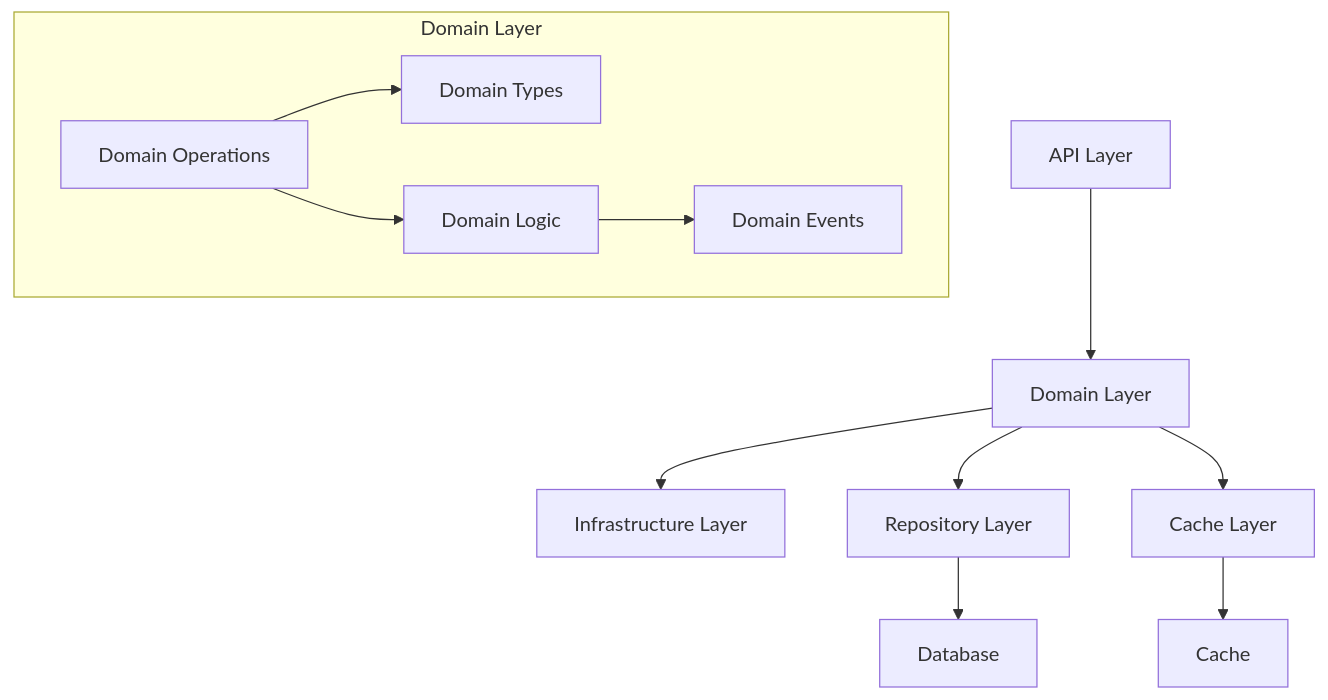
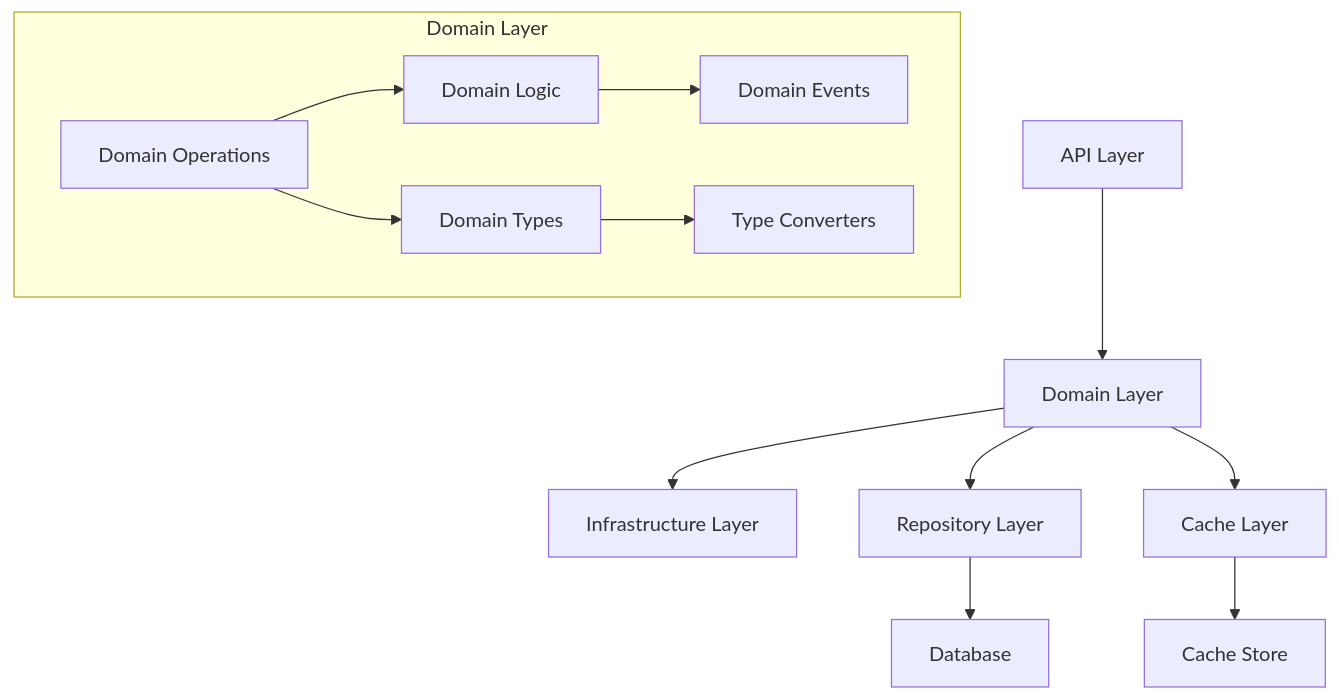
Before and after one commit to tonglam/letletme_data: the first of 11 diagrams in documentation/design/Domain_Layer_Design.md, drawn with Mermaid. The commit also changed other lines of this file and 15 other files, not shown here.

````diff
--- a/documentation/design/Domain_Layer_Design.md
+++ b/documentation/design/Domain_Layer_Design.md
@@ -9,20 +9,22 @@
 ```mermaid
 graph TD
     A[API Layer] --> B[Domain Layer]
     B --> C[Infrastructure Layer]
     B --> D[Repository Layer]
     B --> E[Cache Layer]
     D --> F[Database]
-    E --> G[Cache]
+    E --> G[Cache Store]
 
     subgraph Domain Layer
         H[Domain Operations]
         I[Domain Types]
         J[Domain Logic]
         K[Domain Events]
+        L[Type Converters]
 
         H --> I
         H --> J
         J --> K
+        I --> L
     end
 ```
````
